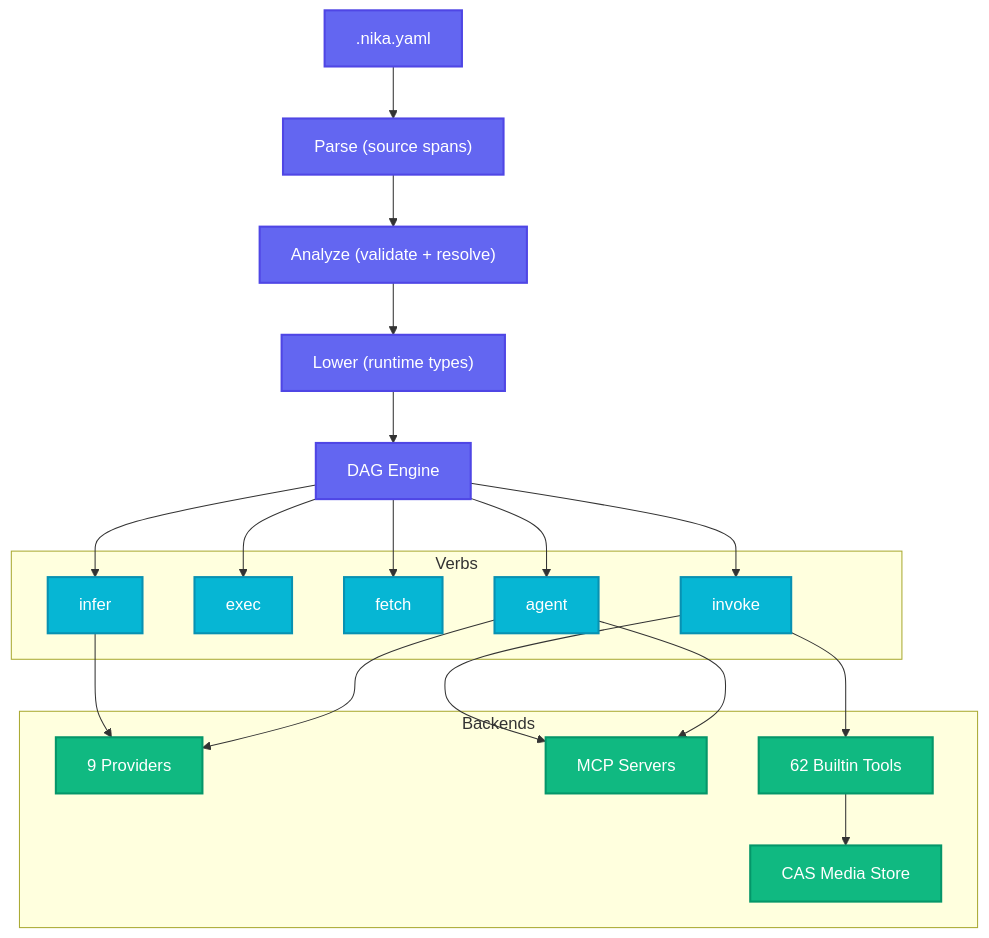
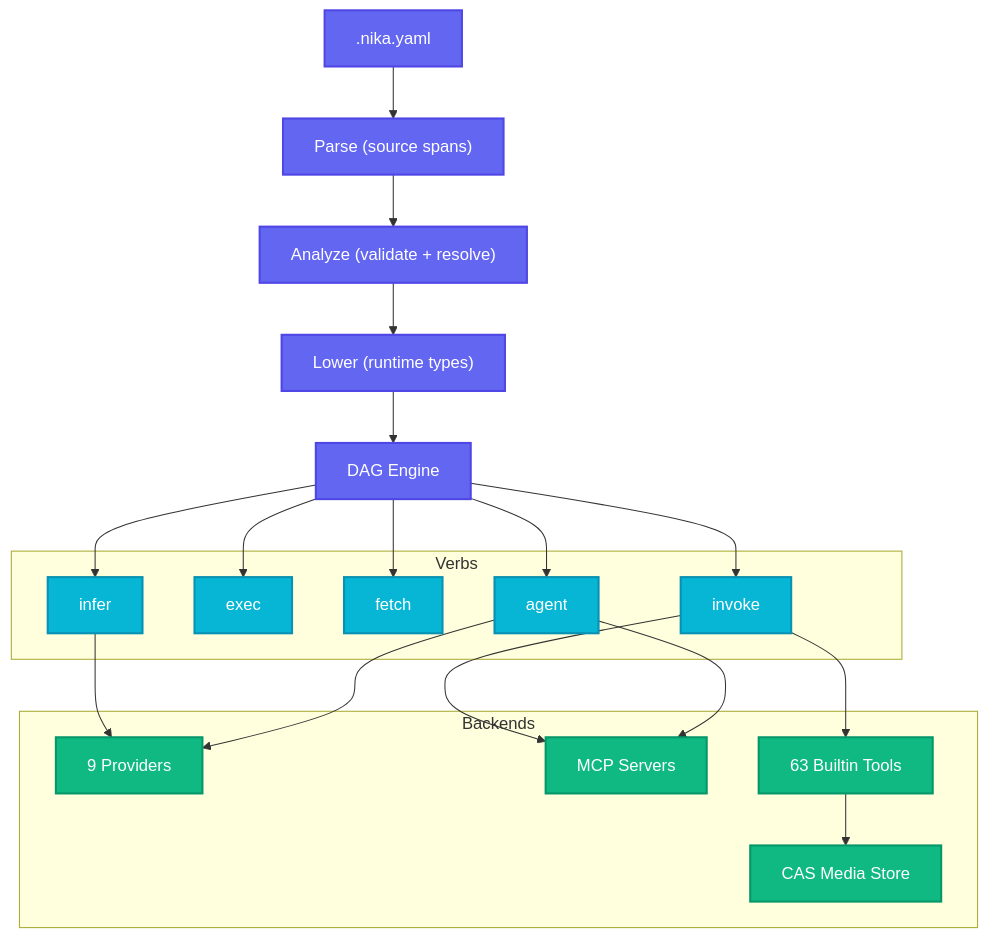
The second of 2 diagrams in README.md (supernovae-st/nika), drawn with Mermaid before and after one commit. The commit also changed other lines of this file and 15 other files, not shown here.

````diff
--- a/README.md
+++ b/README.md
@@ -547,36 +547,36 @@
 ```mermaid
 flowchart TD
     classDef phase fill:#6366f1,stroke:#4f46e5,stroke-width:2px,color:#fff
     classDef verb fill:#06b6d4,stroke:#0891b2,stroke-width:2px,color:#fff
     classDef backend fill:#10b981,stroke:#059669,stroke-width:2px,color:#fff
 
     YAML[".nika.yaml"]:::phase
     RAW["Parse (source spans)"]:::phase
     ANA["Analyze (validate + resolve)"]:::phase
     LOW["Lower (runtime types)"]:::phase
     DAG["DAG Engine"]:::phase
 
     YAML --> RAW --> ANA --> LOW --> DAG
 
     subgraph Verbs
         INF[infer]:::verb
         EXC[exec]:::verb
         FET[fetch]:::verb
         INV[invoke]:::verb
         AGT[agent]:::verb
     end
 
     DAG --> INF & EXC & FET & INV & AGT
 
     subgraph Backends
         PROV["9 Providers"]:::backend
         MCPS["MCP Servers"]:::backend
-        BUILT["62 Builtin Tools"]:::backend
+        BUILT["63 Builtin Tools"]:::backend
         CAS["CAS Media Store"]:::backend
     end
 
     INF & AGT --> PROV
     INV & AGT --> MCPS
     INV --> BUILT
     BUILT --> CAS
 ```
````
